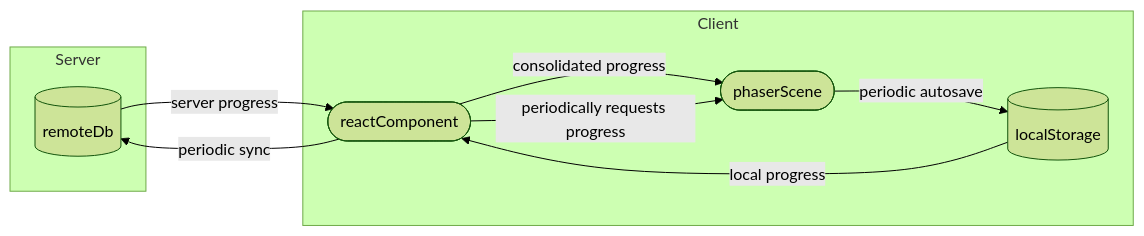
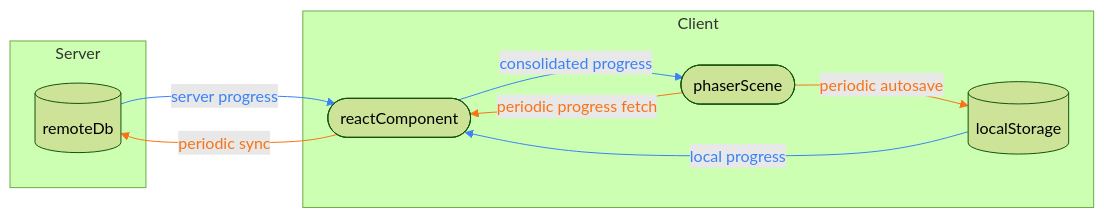
One commit to jialincai/freecell-with-friends changed the diagram in docs/game-state.md. Above: the diagram before and after it, drawn with Mermaid (forest theme). The commit also changed other lines of this file, not shown here.

````diff
--- a/docs/game-state.md
+++ b/docs/game-state.md
@@ -6,20 +9,23 @@
 ```mermaid
 flowchart LR
   subgraph Server
     remoteDb[(remoteDb)]
   end
 
   subgraph Client
     localStorage[(localStorage)]
     reactComponent([reactComponent])
     phaserScene([phaserScene])
 
     localStorage -- local progress --> reactComponent
     reactComponent -- consolidated progress --> phaserScene
     phaserScene -- periodic autosave --> localStorage
-    reactComponent -- periodically requests progress --> phaserScene
+    phaserScene -- periodic progress fetch --> reactComponent
   end
 
   remoteDb -- server progress --> reactComponent
   reactComponent -- periodic sync --> remoteDb
+
+  linkStyle 0,1,4 stroke:#3b82f6,color:#3b82f6
+  linkStyle 2,3,5 stroke:#f97316,color:#f97316
 ```
````
